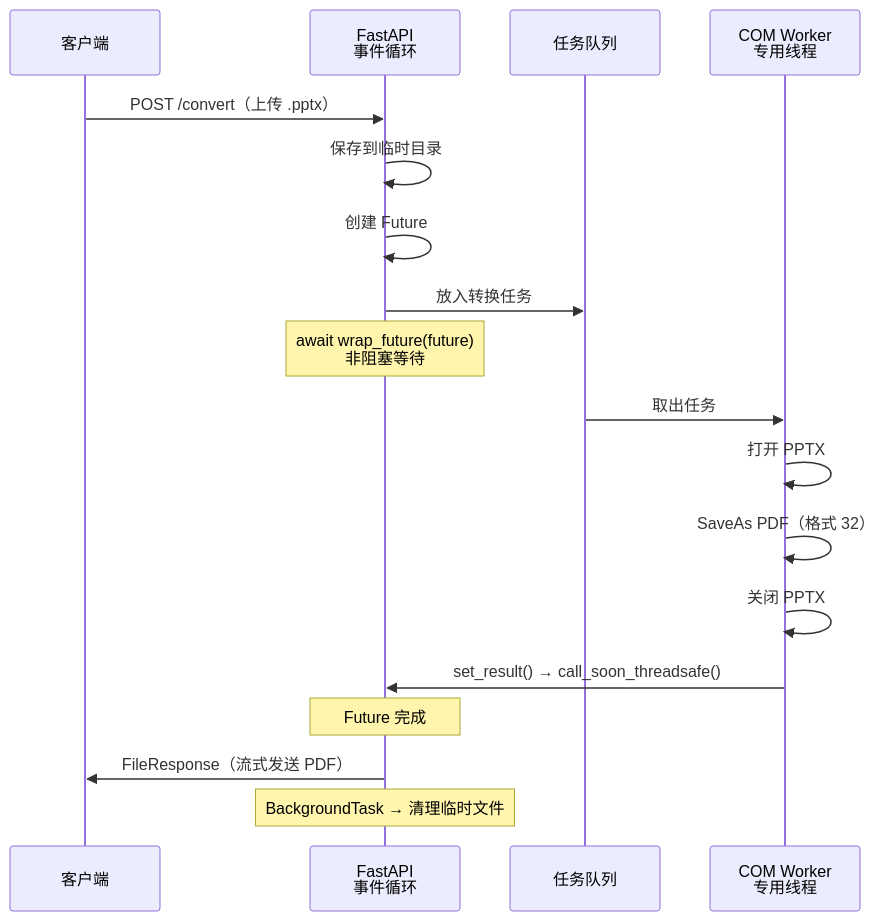
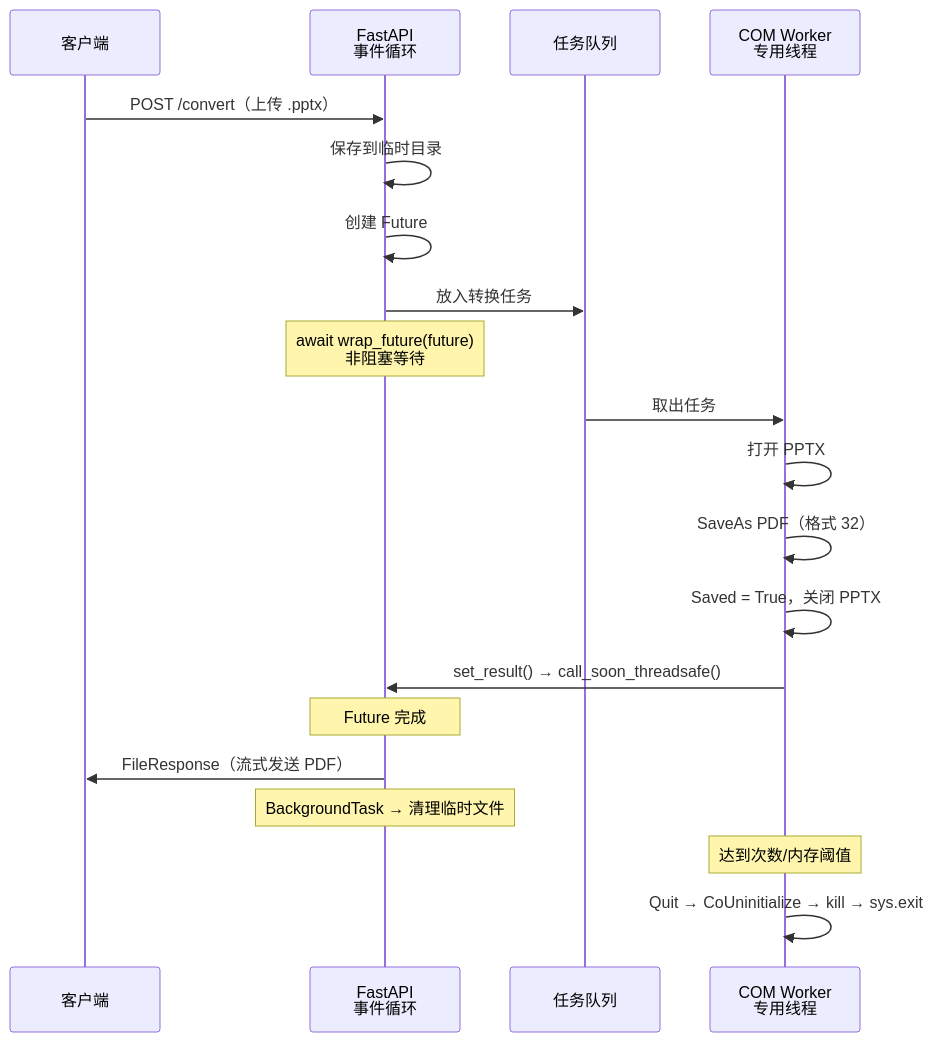
The eighth of 8 diagrams in docs/pptx_to_pdf.md (congzhangzh/pptx_to_pdf), drawn with Mermaid before and after one commit. The commit also changed other lines of this file and 1 other file, not shown here.

````diff
--- a/docs/pptx_to_pdf.md
+++ b/docs/pptx_to_pdf.md
@@ -418,23 +720,26 @@
 ```mermaid
 sequenceDiagram
     participant C as 客户端
     participant F as FastAPI<br>事件循环
     participant Q as 任务队列
     participant W as COM Worker<br>专用线程
 
     C->>F: POST /convert（上传 .pptx）
     F->>F: 保存到临时目录
     F->>F: 创建 Future
     F->>Q: 放入转换任务
     Note over F: await wrap_future(future)<br>非阻塞等待
 
     Q->>W: 取出任务
     W->>W: 打开 PPTX
     W->>W: SaveAs PDF（格式 32）
-    W->>W: 关闭 PPTX
+    W->>W: Saved = True，关闭 PPTX
     W->>F: set_result() → call_soon_threadsafe()
 
     Note over F: Future 完成
     F->>C: FileResponse（流式发送 PDF）
     Note over F: BackgroundTask → 清理临时文件
+
+    Note over W: 达到次数/内存阈值
+    W->>W: Quit → CoUninitialize → kill → sys.exit
 ```
````
